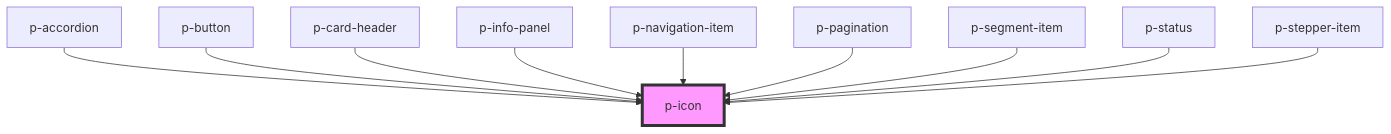
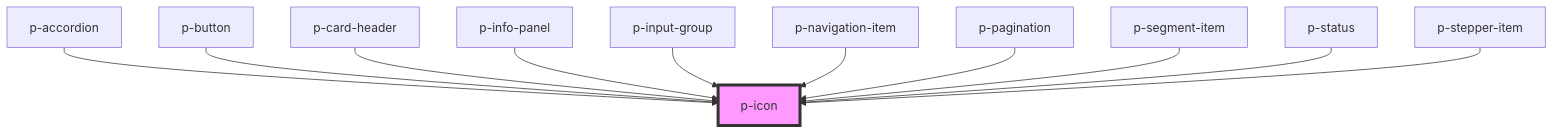
The diagram in packages/core/src/components/atoms/icon/readme.md (Employes/paperless), drawn with Mermaid before and after one commit. The commit also changed other lines of this file and 12 other files, not shown here.

Commit message:
feat(Molecules): Add input group component

````diff
--- a/packages/core/src/components/atoms/icon/readme.md
+++ b/packages/core/src/components/atoms/icon/readme.md
@@ -37,13 +38,14 @@
 ```mermaid
 graph TD;
   p-accordion --> p-icon
   p-button --> p-icon
   p-card-header --> p-icon
   p-info-panel --> p-icon
+  p-input-group --> p-icon
   p-navigation-item --> p-icon
   p-pagination --> p-icon
   p-segment-item --> p-icon
   p-status --> p-icon
   p-stepper-item --> p-icon
   style p-icon fill:#f9f,stroke:#333,stroke-width:4px
 ```
````
